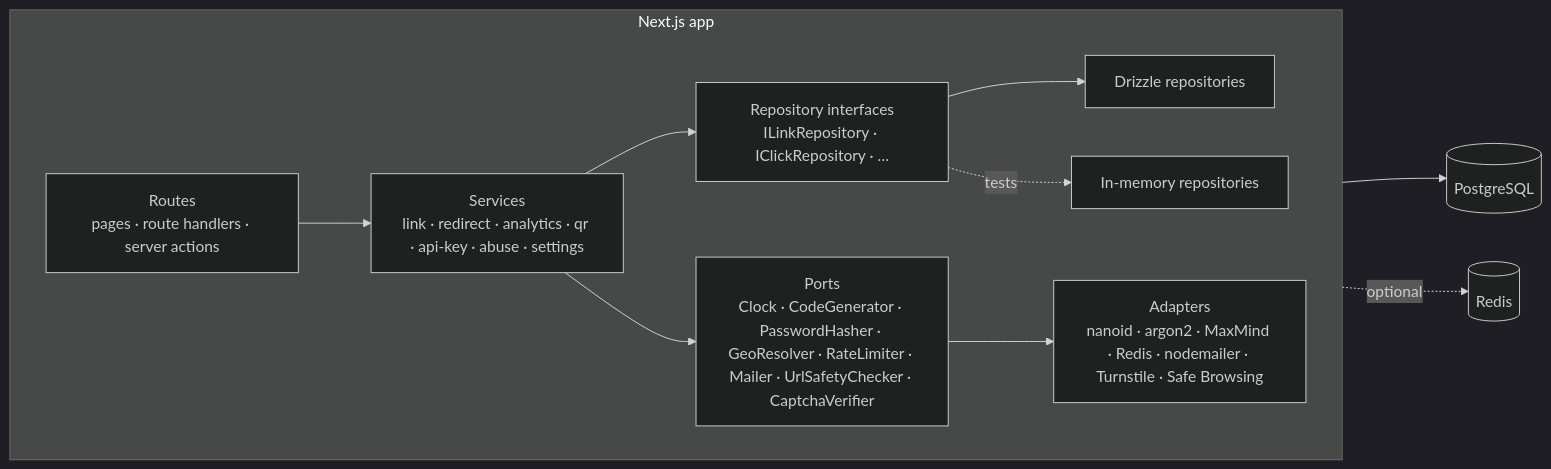
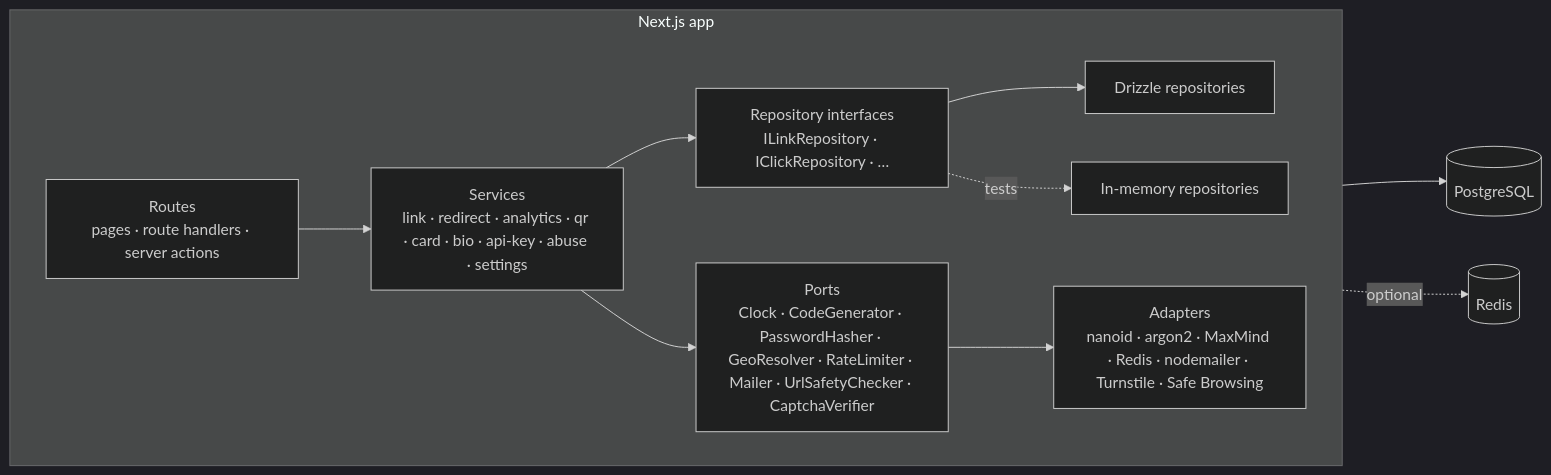
The first of 3 diagrams in docs/architecture.md (RaydanAridiCS/vialb.link), drawn with Mermaid (dark theme) before and after one commit. The commit also changed other lines of this file and 108 other files, not shown here.

Commit message:
feat: add link-in-bio features, smart routing, social cards, and comprehensive test suite

````diff
--- a/docs/architecture.md
+++ b/docs/architecture.md
@@ -8,14 +8,14 @@
 ```mermaid
 flowchart LR
   subgraph Next.js app
     direction LR
-    R["Routes<br/>pages · route handlers · server actions"] --> S["Services<br/>link · redirect · analytics · qr · api-key · abuse · settings"]
+    R["Routes<br/>pages · route handlers · server actions"] --> S["Services<br/>link · redirect · analytics · qr · card · bio · api-key · abuse · settings"]
     S --> I["Repository interfaces<br/>ILinkRepository · IClickRepository · …"]
     S --> P["Ports<br/>Clock · CodeGenerator · PasswordHasher · GeoResolver · RateLimiter · Mailer · UrlSafetyChecker · CaptchaVerifier"]
     I --> D["Drizzle repositories"]
     I -. tests .-> M["In-memory repositories"]
     P --> A["Adapters<br/>nanoid · argon2 · MaxMind · Redis · nodemailer · Turnstile · Safe Browsing"]
   end
   D --> PG[(PostgreSQL)]
   A -. optional .-> RD[(Redis)]
 ```
````
